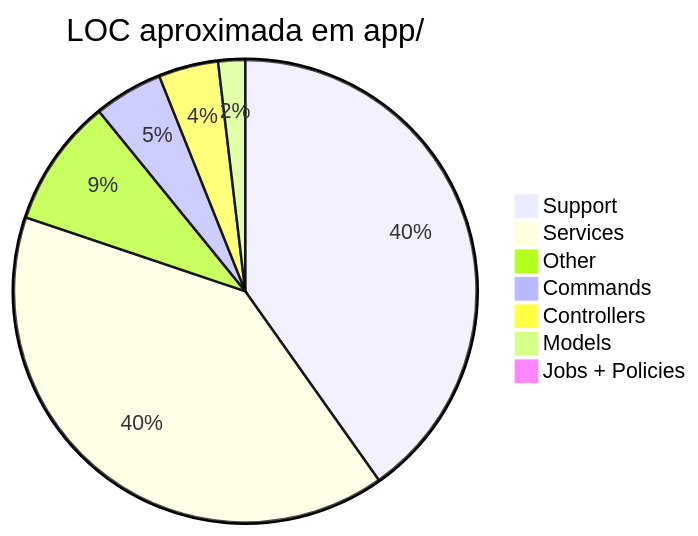
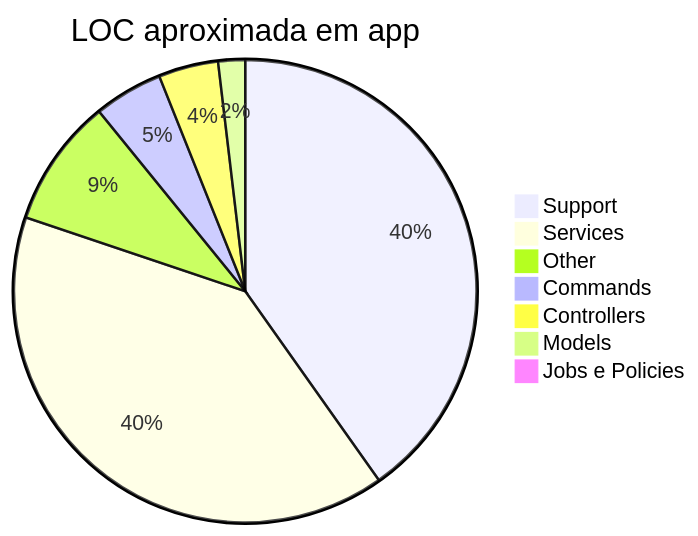
One commit to JaderGabriel/serventec-servlitcys changed the diagram in docs/QUALIFICACAO_SISTEMA_E_COBERTURA_TESTES.md. Above: the diagram before and after it, drawn with Mermaid.

Commit message:
docs: corrigir pie Mermaid da qualificação do sistema
Remove / e + do diagrama de LOC, que quebravam o parser.

````diff
--- a/docs/QUALIFICACAO_SISTEMA_E_COBERTURA_TESTES.md
+++ b/docs/QUALIFICACAO_SISTEMA_E_COBERTURA_TESTES.md
@@ -49,10 +49,10 @@
 ```mermaid
-pie title LOC aproximada em app/
+pie title LOC aproximada em app
     "Support" : 60420
     "Services" : 60053
     "Other" : 13481
     "Commands" : 7229
     "Controllers" : 6274
     "Models" : 2824
-    "Jobs + Policies" : 753
+    "Jobs e Policies" : 753
 ```
````
